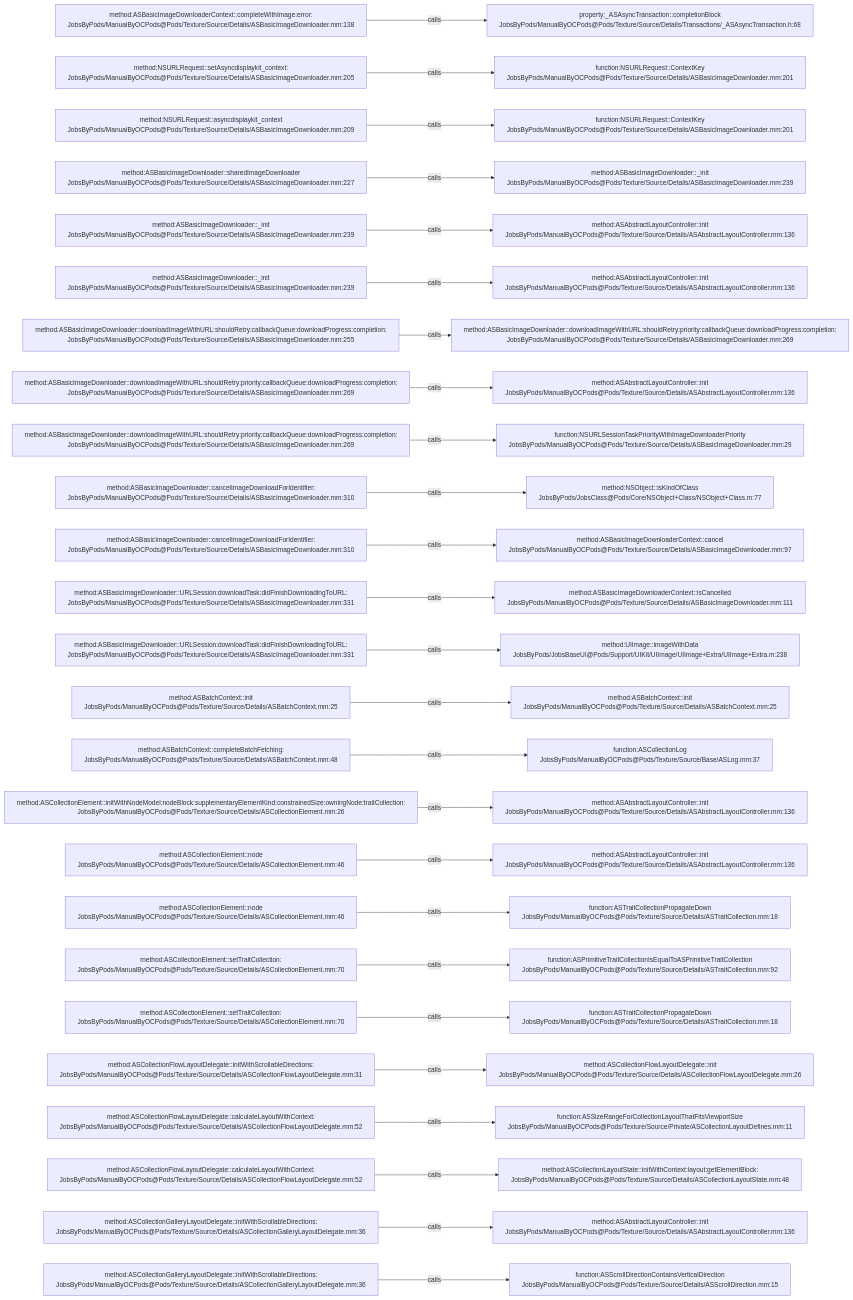
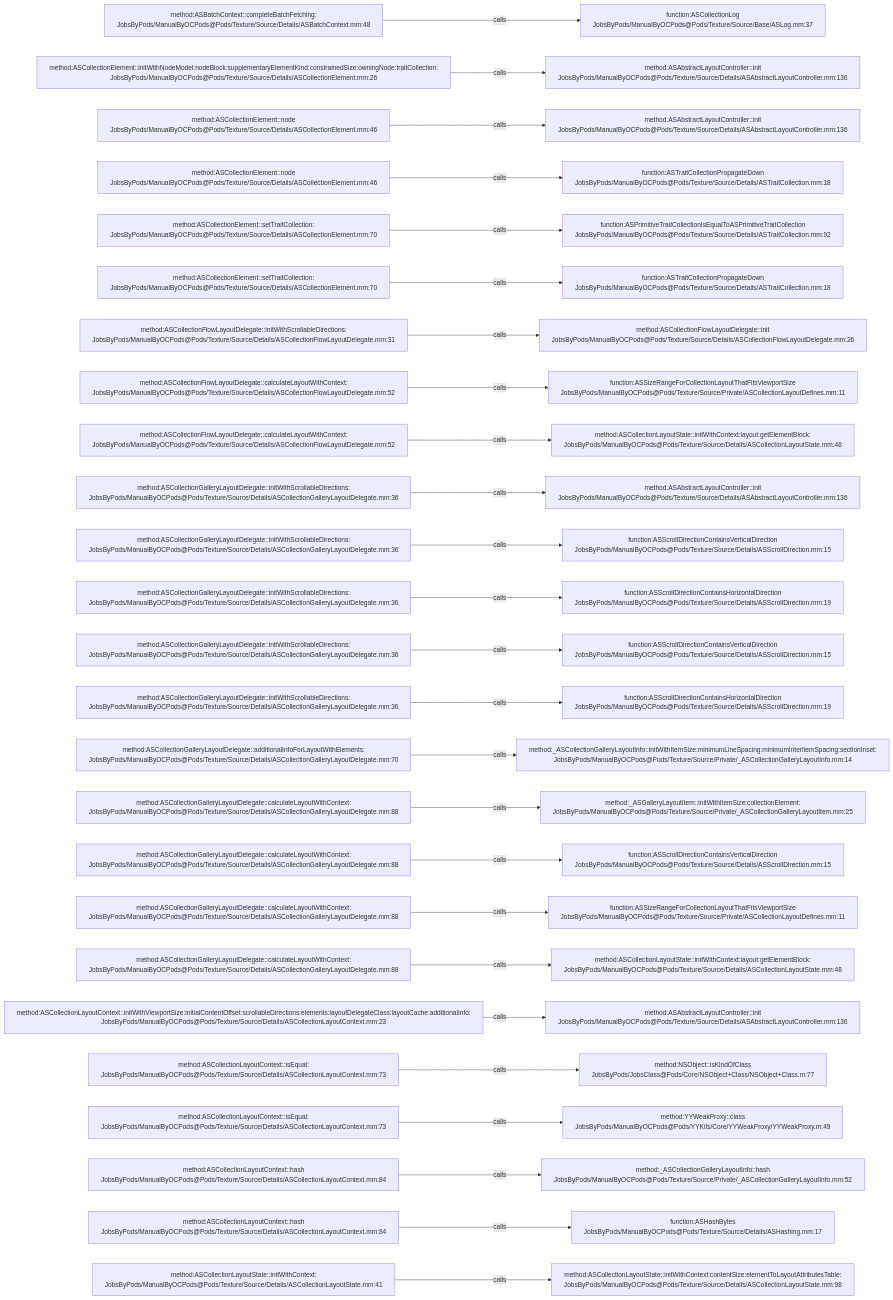
The diagram in .codegraph/codegraph.md/graphs/calls-153.md (JobsKits/JobsOCBaseConfigDemo), drawn with Mermaid before and after one commit. The commit also changed 296 other files, not shown here.

````diff
--- a/.codegraph/codegraph.md/graphs/calls-153.md
+++ b/.codegraph/codegraph.md/graphs/calls-153.md
@@ -13,78 +13,78 @@
 ```mermaid
 flowchart LR
-  S1["method:ASBasicImageDownloaderContext::completeWithImage:error:<br/>JobsByPods/ManualByOCPods@Pods/Texture/Source/Details/ASBasicImageDownloader.mm:138"]
-  T1["property:_ASAsyncTransaction::completionBlock<br/>JobsByPods/ManualByOCPods@Pods/Texture/Source/Details/Transactions/_ASAsyncTransaction.h:68"]
+  S1["method:ASBatchContext::completeBatchFetching:<br/>JobsByPods/ManualByOCPods@Pods/Texture/Source/Details/ASBatchContext.mm:48"]
+  T1["function:ASCollectionLog<br/>JobsByPods/ManualByOCPods@Pods/Texture/Source/Base/ASLog.mm:37"]
   S1 -->|calls| T1
-  S2["method:NSURLRequest::setAsyncdisplaykit_context:<br/>JobsByPods/ManualByOCPods@Pods/Texture/Source/Details/ASBasicImageDownloader.mm:205"]
-  T2["function:NSURLRequest::ContextKey<br/>JobsByPods/ManualByOCPods@Pods/Texture/Source/Details/ASBasicImageDownloader.mm:201"]
+  S2["method:ASCollectionElement::initWithNodeModel:nodeBlock:supplementaryElementKind:constrainedSize:owningNode:traitCollection:<br/>JobsByPods/ManualByOCPods@Pods/Texture/Source/Details/ASCollectionElement.mm:26"]
+  T2["method:ASAbstractLayoutController::init<br/>JobsByPods/ManualByOCPods@Pods/Texture/Source/Details/ASAbstractLayoutController.mm:136"]
   S2 -->|calls| T2
-  S3["method:NSURLRequest::asyncdisplaykit_context<br/>JobsByPods/ManualByOCPods@Pods/Texture/Source/Details/ASBasicImageDownloader.mm:209"]
-  T3["function:NSURLRequest::ContextKey<br/>JobsByPods/ManualByOCPods@Pods/Texture/Source/Details/ASBasicImageDownloader.mm:201"]
+  S3["method:ASCollectionElement::node<br/>JobsByPods/ManualByOCPods@Pods/Texture/Source/Details/ASCollectionElement.mm:46"]
+  T3["method:ASAbstractLayoutController::init<br/>JobsByPods/ManualByOCPods@Pods/Texture/Source/Details/ASAbstractLayoutController.mm:136"]
   S3 -->|calls| T3
-  S4["method:ASBasicImageDownloader::sharedImageDownloader<br/>JobsByPods/ManualByOCPods@Pods/Texture/Source/Details/ASBasicImageDownloader.mm:227"]
-  T4["method:ASBasicImageDownloader::_init<br/>JobsByPods/ManualByOCPods@Pods/Texture/Source/Details/ASBasicImageDownloader.mm:239"]
+  S4["method:ASCollectionElement::node<br/>JobsByPods/ManualByOCPods@Pods/Texture/Source/Details/ASCollectionElement.mm:46"]
+  T4["function:ASTraitCollectionPropagateDown<br/>JobsByPods/ManualByOCPods@Pods/Texture/Source/Details/ASTraitCollection.mm:18"]
   S4 -->|calls| T4
-  S5["method:ASBasicImageDownloader::_init<br/>JobsByPods/ManualByOCPods@Pods/Texture/Source/Details/ASBasicImageDownloader.mm:239"]
-  T5["method:ASAbstractLayoutController::init<br/>JobsByPods/ManualByOCPods@Pods/Texture/Source/Details/ASAbstractLayoutController.mm:136"]
+  S5["method:ASCollectionElement::setTraitCollection:<br/>JobsByPods/ManualByOCPods@Pods/Texture/Source/Details/ASCollectionElement.mm:70"]
+  T5["function:ASPrimitiveTraitCollectionIsEqualToASPrimitiveTraitCollection<br/>JobsByPods/ManualByOCPods@Pods/Texture/Source/Details/ASTraitCollection.mm:92"]
   S5 -->|calls| T5
-  S6["method:ASBasicImageDownloader::_init<br/>JobsByPods/ManualByOCPods@Pods/Texture/Source/Details/ASBasicImageDownloader.mm:239"]
-  T6["method:ASAbstractLayoutController::init<br/>JobsByPods/ManualByOCPods@Pods/Texture/Source/Details/ASAbstractLayoutController.mm:136"]
+  S6["method:ASCollectionElement::setTraitCollection:<br/>JobsByPods/ManualByOCPods@Pods/Texture/Source/Details/ASCollectionElement.mm:70"]
+  T6["function:ASTraitCollectionPropagateDown<br/>JobsByPods/ManualByOCPods@Pods/Texture/Source/Details/ASTraitCollection.mm:18"]
   S6 -->|calls| T6
-  S7["method:ASBasicImageDownloader::downloadImageWithURL:shouldRetry:callbackQueue:downloadProgress:completion:<br/>JobsByPods/ManualByOCPods@Pods/Texture/Source/Details/ASBasicImageDownloader.mm:255"]
-  T7["method:ASBasicImageDownloader::downloadImageWithURL:shouldRetry:priority:callbackQueue:downloadProgress:completion:<br/>JobsByPods/ManualByOCPods@Pods/Texture/Source/Details/ASBasicImageDownloader.mm:269"]
+  S7["method:ASCollectionFlowLayoutDelegate::initWithScrollableDirections:<br/>JobsByPods/ManualByOCPods@Pods/Texture/Source/Details/ASCollectionFlowLayoutDelegate.mm:31"]
+  T7["method:ASCollectionFlowLayoutDelegate::init<br/>JobsByPods/ManualByOCPods@Pods/Texture/Source/Details/ASCollectionFlowLayoutDelegate.mm:26"]
   S7 -->|calls| T7
-  S8["method:ASBasicImageDownloader::downloadImageWithURL:shouldRetry:priority:callbackQueue:downloadProgress:completion:<br/>JobsByPods/ManualByOCPods@Pods/Texture/Source/Details/ASBasicImageDownloader.mm:269"]
-  T8["method:ASAbstractLayoutController::init<br/>JobsByPods/ManualByOCPods@Pods/Texture/Source/Details/ASAbstractLayoutController.mm:136"]
+  S8["method:ASCollectionFlowLayoutDelegate::calculateLayoutWithContext:<br/>JobsByPods/ManualByOCPods@Pods/Texture/Source/Details/ASCollectionFlowLayoutDelegate.mm:52"]
+  T8["function:ASSizeRangeForCollectionLayoutThatFitsViewportSize<br/>JobsByPods/ManualByOCPods@Pods/Texture/Source/Private/ASCollectionLayoutDefines.mm:11"]
   S8 -->|calls| T8
-  S9["method:ASBasicImageDownloader::downloadImageWithURL:shouldRetry:priority:callbackQueue:downloadProgress:completion:<br/>JobsByPods/ManualByOCPods@Pods/Texture/Source/Details/ASBasicImageDownloader.mm:269"]
-  T9["function:NSURLSessionTaskPriorityWithImageDownloaderPriority<br/>JobsByPods/ManualByOCPods@Pods/Texture/Source/Details/ASBasicImageDownloader.mm:29"]
+  S9["method:ASCollectionFlowLayoutDelegate::calculateLayoutWithContext:<br/>JobsByPods/ManualByOCPods@Pods/Texture/Source/Details/ASCollectionFlowLayoutDelegate.mm:52"]
+  T9["method:ASCollectionLayoutState::initWithContext:layout:getElementBlock:<br/>JobsByPods/ManualByOCPods@Pods/Texture/Source/Details/ASCollectionLayoutState.mm:48"]
   S9 -->|calls| T9
-  S10["method:ASBasicImageDownloader::cancelImageDownloadForIdentifier:<br/>JobsByPods/ManualByOCPods@Pods/Texture/Source/Details/ASBasicImageDownloader.mm:310"]
-  T10["method:NSObject::isKindOfClass<br/>JobsByPods/JobsClass@Pods/Core/NSObject+Class/NSObject+Class.m:77"]
+  S10["method:ASCollectionGalleryLayoutDelegate::initWithScrollableDirections:<br/>JobsByPods/ManualByOCPods@Pods/Texture/Source/Details/ASCollectionGalleryLayoutDelegate.mm:36"]
+  T10["method:ASAbstractLayoutController::init<br/>JobsByPods/ManualByOCPods@Pods/Texture/Source/Details/ASAbstractLayoutController.mm:136"]
   S10 -->|calls| T10
-  S11["method:ASBasicImageDownloader::cancelImageDownloadForIdentifier:<br/>JobsByPods/ManualByOCPods@Pods/Texture/Source/Details/ASBasicImageDownloader.mm:310"]
-  T11["method:ASBasicImageDownloaderContext::cancel<br/>JobsByPods/ManualByOCPods@Pods/Texture/Source/Details/ASBasicImageDownloader.mm:97"]
+  S11["method:ASCollectionGalleryLayoutDelegate::initWithScrollableDirections:<br/>JobsByPods/ManualByOCPods@Pods/Texture/Source/Details/ASCollectionGalleryLayoutDelegate.mm:36"]
+  T11["function:ASScrollDirectionContainsVerticalDirection<br/>JobsByPods/ManualByOCPods@Pods/Texture/Source/Details/ASScrollDirection.mm:15"]
   S11 -->|calls| T11
-  S12["method:ASBasicImageDownloader::URLSession:downloadTask:didFinishDownloadingToURL:<br/>JobsByPods/ManualByOCPods@Pods/Texture/Source/Details/ASBasicImageDownloader.mm:331"]
-  T12["method:ASBasicImageDownloaderContext::isCancelled<br/>JobsByPods/ManualByOCPods@Pods/Texture/Source/Details/ASBasicImageDownloader.mm:111"]
+  S12["method:ASCollectionGalleryLayoutDelegate::initWithScrollableDirections:<br/>JobsByPods/ManualByOCPods@Pods/Texture/Source/Details/ASCollectionGalleryLayoutDelegate.mm:36"]
+  T12["function:ASScrollDirectionContainsHorizontalDirection<br/>JobsByPods/ManualByOCPods@Pods/Texture/Source/Details/ASScrollDirection.mm:19"]
   S12 -->|calls| T12
-  S13["method:ASBasicImageDownloader::URLSession:downloadTask:didFinishDownloadingToURL:<br/>JobsByPods/ManualByOCPods@Pods/Texture/Source/Details/ASBasicImageDownloader.mm:331"]
-  T13["method:UIImage::imageWithData<br/>JobsByPods/JobsBaseUI@Pods/Support/UIKit/UIImage/UIImage+Extra/UIImage+Extra.m:238"]
+  S13["method:ASCollectionGalleryLayoutDelegate::initWithScrollableDirections:<br/>JobsByPods/ManualByOCPods@Pods/Texture/Source/Details/ASCollectionGalleryLayoutDelegate.mm:36"]
+  T13["function:ASScrollDirectionContainsVerticalDirection<br/>JobsByPods/ManualByOCPods@Pods/Texture/Source/Details/ASScrollDirection.mm:15"]
   S13 -->|calls| T13
-  S14["method:ASBatchContext::init<br/>JobsByPods/ManualByOCPods@Pods/Texture/Source/Details/ASBatchContext.mm:25"]
-  T14["method:ASBatchContext::init<br/>JobsByPods/ManualByOCPods@Pods/Texture/Source/Details/ASBatchContext.mm:25"]
+  S14["method:ASCollectionGalleryLayoutDelegate::initWithScrollableDirections:<br/>JobsByPods/ManualByOCPods@Pods/Texture/Source/Details/ASCollectionGalleryLayoutDelegate.mm:36"]
+  T14["function:ASScrollDirectionContainsHorizontalDirection<br/>JobsByPods/ManualByOCPods@Pods/Texture/Source/Details/ASScrollDirection.mm:19"]
   S14 -->|calls| T14
-  S15["method:ASBatchContext::completeBatchFetching:<br/>JobsByPods/ManualByOCPods@Pods/Texture/Source/Details/ASBatchContext.mm:48"]
-  T15["function:ASCollectionLog<br/>JobsByPods/ManualByOCPods@Pods/Texture/Source/Base/ASLog.mm:37"]
+  S15["method:ASCollectionGalleryLayoutDelegate::additionalInfoForLayoutWithElements:<br/>JobsByPods/ManualByOCPods@Pods/Texture/Source/Details/ASCollectionGalleryLayoutDelegate.mm:70"]
+  T15["method:_ASCollectionGalleryLayoutInfo::initWithItemSize:minimumLineSpacing:minimumInteritemSpacing:sectionInset:<br/>JobsByPods/ManualByOCPods@Pods/Texture/Source/Private/_ASCollectionGalleryLayoutInfo.mm:14"]
   S15 -->|calls| T15
-  S16["method:ASCollectionElement::initWithNodeModel:nodeBlock:supplementaryElementKind:constrainedSize:owningNode:traitCollection:<br/>JobsByPods/ManualByOCPods@Pods/Texture/Source/Details/ASCollectionElement.mm:26"]
-  T16["method:ASAbstractLayoutController::init<br/>JobsByPods/ManualByOCPods@Pods/Texture/Source/Details/ASAbstractLayoutController.mm:136"]
+  S16["method:ASCollectionGalleryLayoutDelegate::calculateLayoutWithContext:<br/>JobsByPods/ManualByOCPods@Pods/Texture/Source/Details/ASCollectionGalleryLayoutDelegate.mm:88"]
+  T16["method:_ASGalleryLayoutItem::initWithItemSize:collectionElement:<br/>JobsByPods/ManualByOCPods@Pods/Texture/Source/Private/_ASCollectionGalleryLayoutItem.mm:25"]
   S16 -->|calls| T16
-  S17["method:ASCollectionElement::node<br/>JobsByPods/ManualByOCPods@Pods/Texture/Source/Details/ASCollectionElement.mm:46"]
-  T17["method:ASAbstractLayoutController::init<br/>JobsByPods/ManualByOCPods@Pods/Texture/Source/Details/ASAbstractLayoutController.mm:136"]
+  S17["method:ASCollectionGalleryLayoutDelegate::calculateLayoutWithContext:<br/>JobsByPods/ManualByOCPods@Pods/Texture/Source/Details/ASCollectionGalleryLayoutDelegate.mm:88"]
+  T17["function:ASScrollDirectionContainsVerticalDirection<br/>JobsByPods/ManualByOCPods@Pods/Texture/Source/Details/ASScrollDirection.mm:15"]
   S17 -->|calls| T17
-  S18["method:ASCollectionElement::node<br/>JobsByPods/ManualByOCPods@Pods/Texture/Source/Details/ASCollectionElement.mm:46"]
-  T18["function:ASTraitCollectionPropagateDown<br/>JobsByPods/ManualByOCPods@Pods/Texture/Source/Details/ASTraitCollection.mm:18"]
+  S18["method:ASCollectionGalleryLayoutDelegate::calculateLayoutWithContext:<br/>JobsByPods/ManualByOCPods@Pods/Texture/Source/Details/ASCollectionGalleryLayoutDelegate.mm:88"]
+  T18["function:ASSizeRangeForCollectionLayoutThatFitsViewportSize<br/>JobsByPods/ManualByOCPods@Pods/Texture/Source/Private/ASCollectionLayoutDefines.mm:11"]
   S18 -->|calls| T18
-  S19["method:ASCollectionElement::setTraitCollection:<br/>JobsByPods/ManualByOCPods@Pods/Texture/Source/Details/ASCollectionElement.mm:70"]
-  T19["function:ASPrimitiveTraitCollectionIsEqualToASPrimitiveTraitCollection<br/>JobsByPods/ManualByOCPods@Pods/Texture/Source/Details/ASTraitCollection.mm:92"]
+  S19["method:ASCollectionGalleryLayoutDelegate::calculateLayoutWithContext:<br/>JobsByPods/ManualByOCPods@Pods/Texture/Source/Details/ASCollectionGalleryLayoutDelegate.mm:88"]
+  T19["method:ASCollectionLayoutState::initWithContext:layout:getElementBlock:<br/>JobsByPods/ManualByOCPods@Pods/Texture/Source/Details/ASCollectionLayoutState.mm:48"]
   S19 -->|calls| T19
-  S20["method:ASCollectionElement::setTraitCollection:<br/>JobsByPods/ManualByOCPods@Pods/Texture/Source/Details/ASCollectionElement.mm:70"]
-  T20["function:ASTraitCollectionPropagateDown<br/>JobsByPods/ManualByOCPods@Pods/Texture/Source/Details/ASTraitCollection.mm:18"]
+  S20["method:ASCollectionLayoutContext::initWithViewportSize:initialContentOffset:scrollableDirections:elements:layoutDelegateClass:layoutCache:additionalInfo:<br/>JobsByPods/ManualByOCPods@Pods/Texture/Source/Details/ASCollectionLayoutContext.mm:23"]
+  T20["method:ASAbstractLayoutController::init<br/>JobsByPods/ManualByOCPods@Pods/Texture/Source/Details/ASAbstractLayoutController.mm:136"]
   S20 -->|calls| T20
-  S21["method:ASCollectionFlowLayoutDelegate::initWithScrollableDirections:<br/>JobsByPods/ManualByOCPods@Pods/Texture/Source/Details/ASCollectionFlowLayoutDelegate.mm:31"]
-  T21["method:ASCollectionFlowLayoutDelegate::init<br/>JobsByPods/ManualByOCPods@Pods/Texture/Source/Details/ASCollectionFlowLayoutDelegate.mm:26"]
+  S21["method:ASCollectionLayoutContext::isEqual:<br/>JobsByPods/ManualByOCPods@Pods/Texture/Source/Details/ASCollectionLayoutContext.mm:73"]
+  T21["method:NSObject::isKindOfClass<br/>JobsByPods/JobsClass@Pods/Core/NSObject+Class/NSObject+Class.m:77"]
   S21 -->|calls| T21
-  S22["method:ASCollectionFlowLayoutDelegate::calculateLayoutWithContext:<br/>JobsByPods/ManualByOCPods@Pods/Texture/Source/Details/ASCollectionFlowLayoutDelegate.mm:52"]
-  T22["function:ASSizeRangeForCollectionLayoutThatFitsViewportSize<br/>JobsByPods/ManualByOCPods@Pods/Texture/Source/Private/ASCollectionLayoutDefines.mm:11"]
+  S22["method:ASCollectionLayoutContext::isEqual:<br/>JobsByPods/ManualByOCPods@Pods/Texture/Source/Details/ASCollectionLayoutContext.mm:73"]
+  T22["method:YYWeakProxy::class<br/>JobsByPods/ManualByOCPods@Pods/YYKits/Core/YYWeakProxy/YYWeakProxy.m:49"]
   S22 -->|calls| T22
-  S23["method:ASCollectionFlowLayoutDelegate::calculateLayoutWithContext:<br/>JobsByPods/ManualByOCPods@Pods/Texture/Source/Details/ASCollectionFlowLayoutDelegate.mm:52"]
-  T23["method:ASCollectionLayoutState::initWithContext:layout:getElementBlock:<br/>JobsByPods/ManualByOCPods@Pods/Texture/Source/Details/ASCollectionLayoutState.mm:48"]
+  S23["method:ASCollectionLayoutContext::hash<br/>JobsByPods/ManualByOCPods@Pods/Texture/Source/Details/ASCollectionLayoutContext.mm:84"]
+  T23["method:_ASCollectionGalleryLayoutInfo::hash<br/>JobsByPods/ManualByOCPods@Pods/Texture/Source/Private/_ASCollectionGalleryLayoutInfo.mm:52"]
   S23 -->|calls| T23
-  S24["method:ASCollectionGalleryLayoutDelegate::initWithScrollableDirections:<br/>JobsByPods/ManualByOCPods@Pods/Texture/Source/Details/ASCollectionGalleryLayoutDelegate.mm:36"]
-  T24["method:ASAbstractLayoutController::init<br/>JobsByPods/ManualByOCPods@Pods/Texture/Source/Details/ASAbstractLayoutController.mm:136"]
+  S24["method:ASCollectionLayoutContext::hash<br/>JobsByPods/ManualByOCPods@Pods/Texture/Source/Details/ASCollectionLayoutContext.mm:84"]
+  T24["function:ASHashBytes<br/>JobsByPods/ManualByOCPods@Pods/Texture/Source/Details/ASHashing.mm:17"]
   S24 -->|calls| T24
-  S25["method:ASCollectionGalleryLayoutDelegate::initWithScrollableDirections:<br/>JobsByPods/ManualByOCPods@Pods/Texture/Source/Details/ASCollectionGalleryLayoutDelegate.mm:36"]
-  T25["function:ASScrollDirectionContainsVerticalDirection<br/>JobsByPods/ManualByOCPods@Pods/Texture/Source/Details/ASScrollDirection.mm:15"]
+  S25["method:ASCollectionLayoutState::initWithContext:<br/>JobsByPods/ManualByOCPods@Pods/Texture/Source/Details/ASCollectionLayoutState.mm:41"]
+  T25["method:ASCollectionLayoutState::initWithContext:contentSize:elementToLayoutAttributesTable:<br/>JobsByPods/ManualByOCPods@Pods/Texture/Source/Details/ASCollectionLayoutState.mm:98"]
   S25 -->|calls| T25
 ```
````
